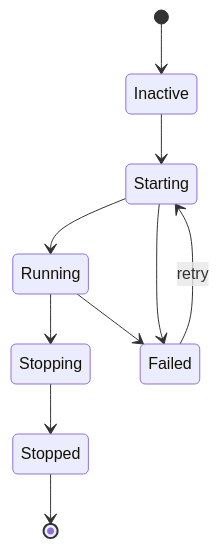
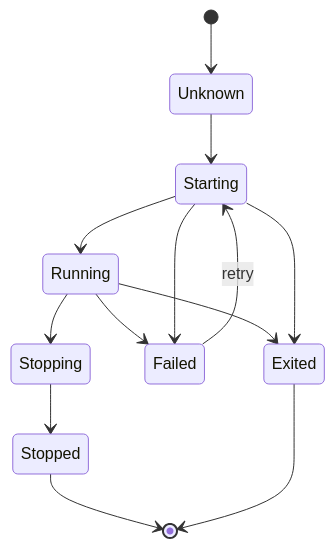
The second of 2 diagrams in en/guides/supervision.md (wippyai/docs), drawn with Mermaid before and after one commit. The commit also changed other lines of this file and 65 other files, not shown here.

````diff
--- a/en/guides/supervision.md
+++ b/en/guides/supervision.md
@@ -150,13 +150,16 @@
 ```mermaid
 stateDiagram-v2
-    [*] --> Inactive
-    Inactive --> Starting
+    [*] --> Unknown
+    Unknown --> Starting
     Starting --> Running
     Running --> Stopping
     Stopping --> Stopped
     Stopped --> [*]
 
     Running --> Failed
     Starting --> Failed
     Failed --> Starting : retry
+    Running --> Exited
+    Starting --> Exited
+    Exited --> [*]
 ```
````
